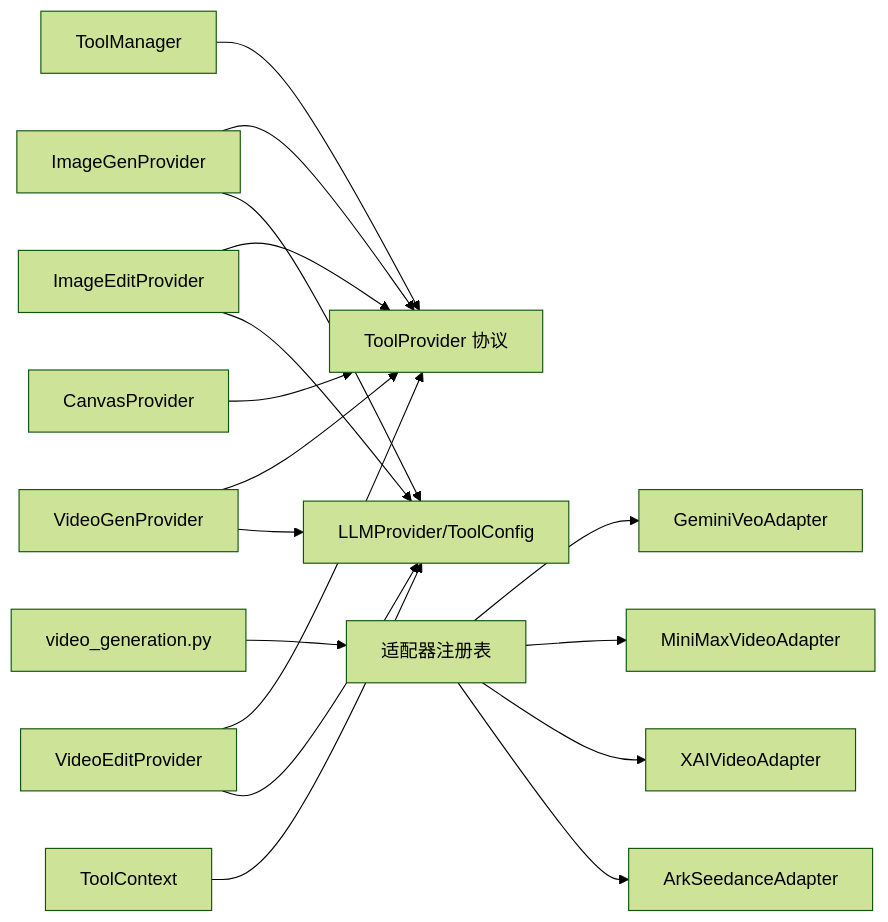
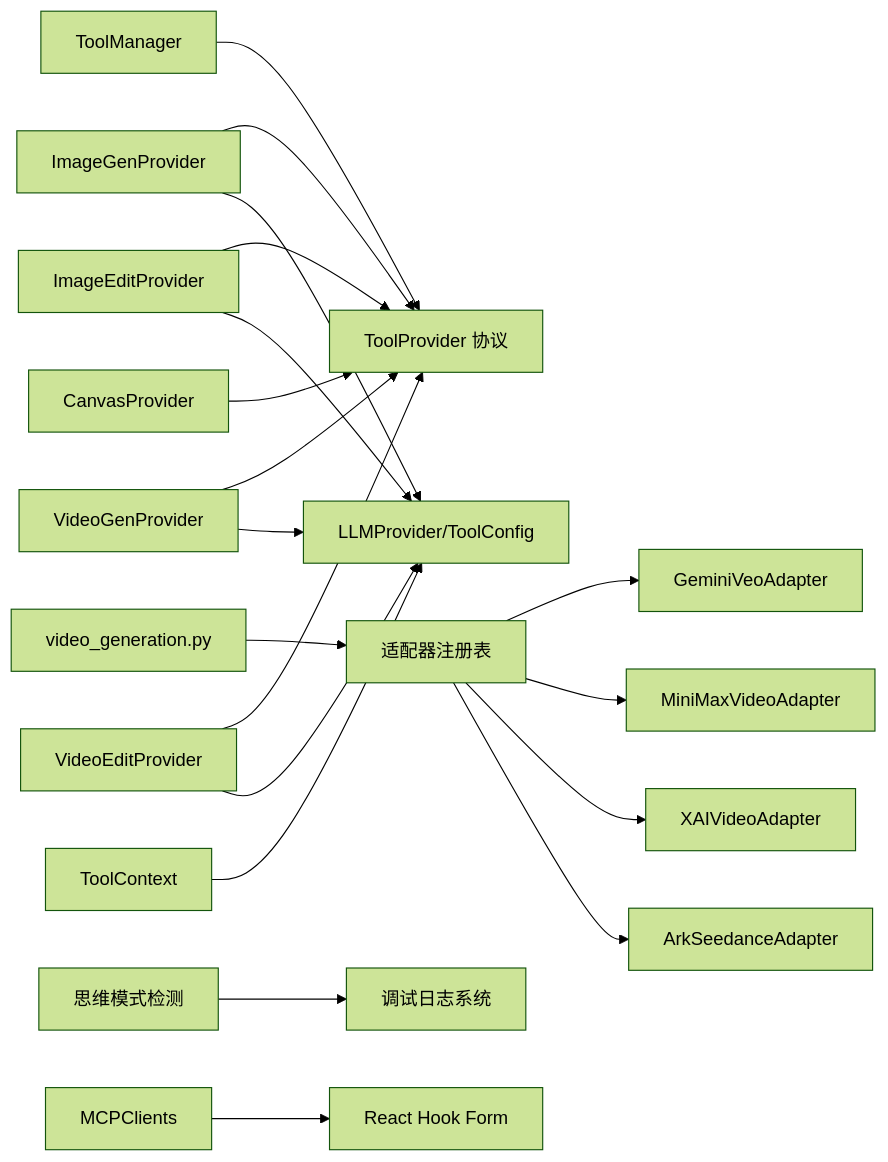
Before and after one commit to KunLabAI/KunFlix: diagram 13 of 13 in .qoder/repowiki/zh/content/AI服务集成/AI服务集成.md, drawn with Mermaid (forest theme). The commit also changed other lines of this file and 78 other files, not shown here.

````diff
--- a/.qoder/repowiki/zh/content/AI服务集成/AI服务集成.md
+++ b/.qoder/repowiki/zh/content/AI服务集成/AI服务集成.md
@@ -448,19 +595,21 @@
 ```mermaid
 graph LR
 TM["ToolManager"] --> TP["ToolProvider 协议"]
 IG["ImageGenProvider"] --> TP
 IE["ImageEditProvider"] --> TP
 VG["VideoGenProvider"] --> TP
 VE["VideoEditProvider"] --> TP
 CP["CanvasProvider"] --> TP
 VGEN["video_generation.py"] --> REG["适配器注册表"]
 REG --> GEM["GeminiVeoAdapter"]
 REG --> MINIMAX["MiniMaxVideoAdapter"]
 REG --> XAI["XAIVideoAdapter"]
 REG --> ARK["ArkSeedanceAdapter"]
 IG --> DB["LLMProvider/ToolConfig"]
 IE --> DB
 VG --> DB
 VE --> DB
 CTX["ToolContext"] --> DB
+THINK["思维模式检测"] --> LOG["调试日志系统"]
+MCPC["MCPClients"] --> UI["React Hook Form"]
 ```
````
